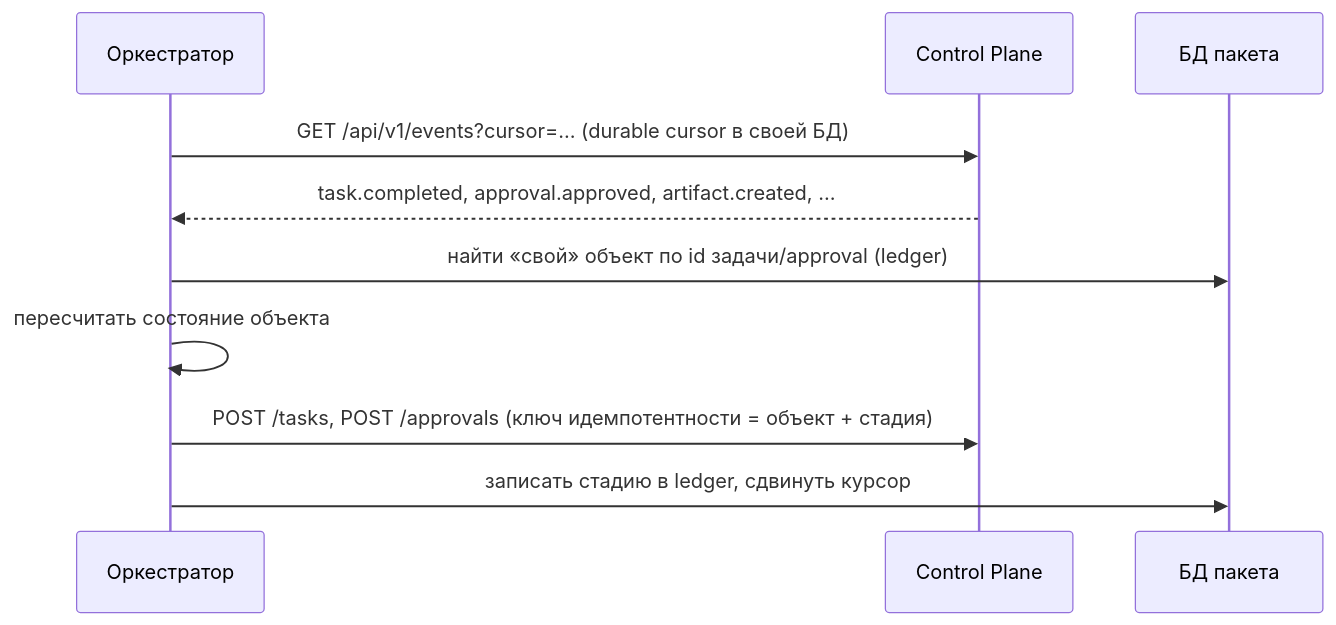
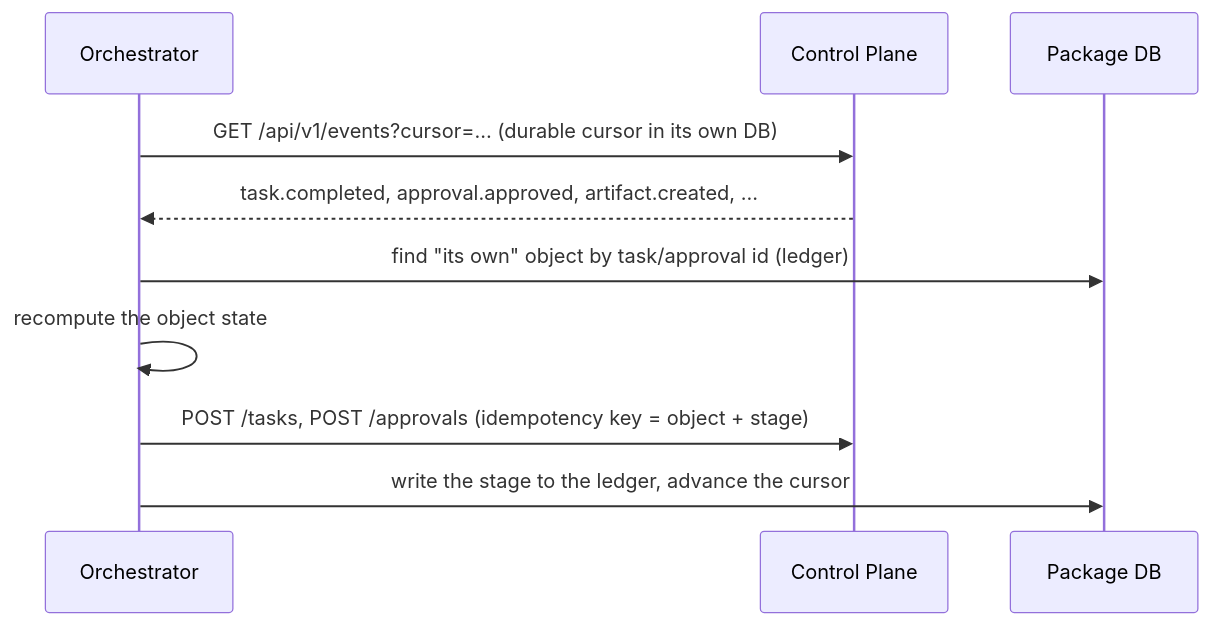
The second of 2 diagrams in guide/docs/sdk/vertical-packages.md (monthu56/taimen), drawn with Mermaid before and after one commit. The commit also changed other lines of this file and 183 other files, not shown here.

````diff
--- a/guide/docs/sdk/vertical-packages.md
+++ b/guide/docs/sdk/vertical-packages.md
@@ -220,12 +217,12 @@
 ```mermaid
 sequenceDiagram
-    participant O as Оркестратор
+    participant O as Orchestrator
     participant CP as Control Plane
-    participant D as БД пакета
-    O->>CP: GET /api/v1/events?cursor=… (durable cursor в своей БД)
+    participant D as Package DB
+    O->>CP: GET /api/v1/events?cursor=… (durable cursor in its own DB)
     CP-->>O: task.completed, approval.approved, artifact.created, …
-    O->>D: найти «свой» объект по id задачи/approval (ledger)
-    O->>O: пересчитать состояние объекта
-    O->>CP: POST /tasks, POST /approvals (ключ идемпотентности = объект + стадия)
-    O->>D: записать стадию в ledger, сдвинуть курсор
+    O->>D: find "its own" object by task/approval id (ledger)
+    O->>O: recompute the object state
+    O->>CP: POST /tasks, POST /approvals (idempotency key = object + stage)
+    O->>D: write the stage to the ledger, advance the cursor
 ```
````
